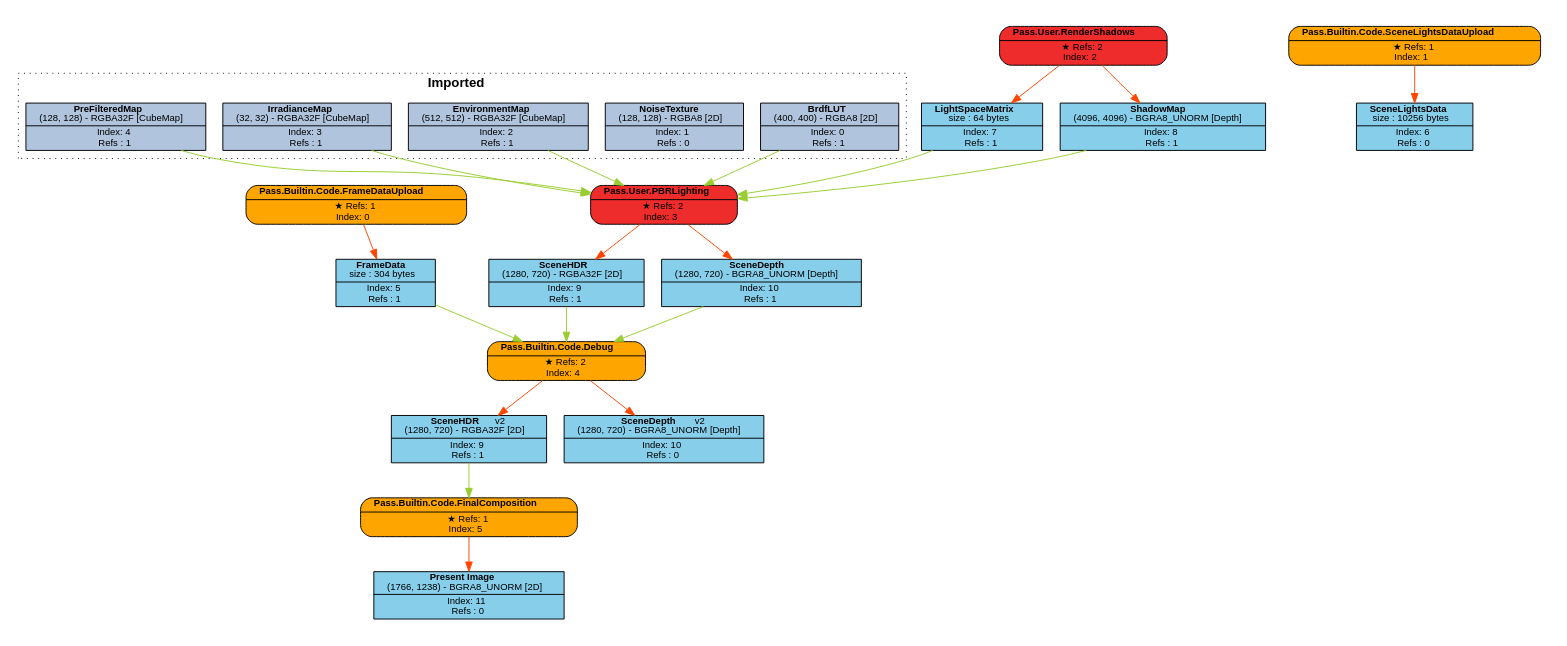
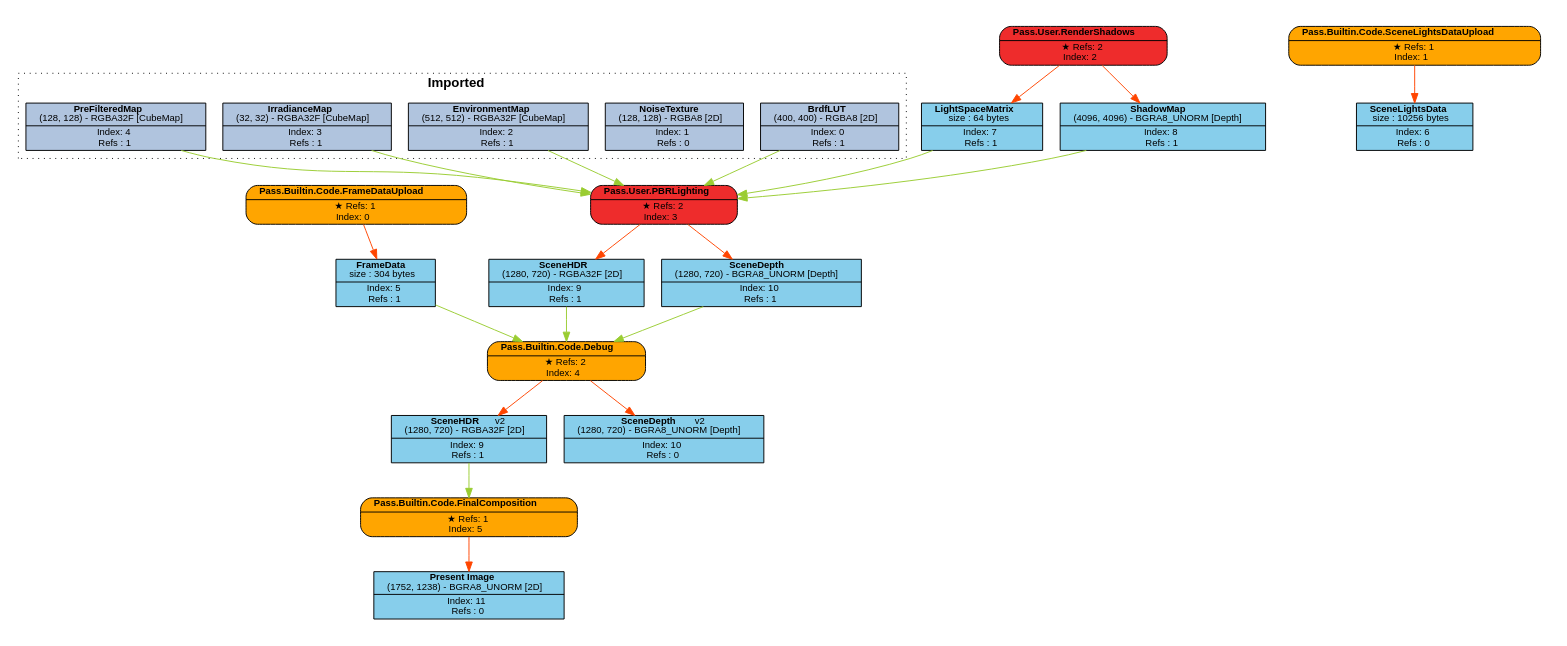
The diagram in Engine/content/FrameGraphs/data_driven_editor_test.dot (Pikachuxxxx/Razix), drawn with Graphviz before and after one commit. The commit also changed 5 other files, not shown here.

```diff
--- a/Engine/content/FrameGraphs/data_driven_editor_test.dot
+++ b/Engine/content/FrameGraphs/data_driven_editor_test.dot
@@ -1,73 +1,73 @@
 digraph FrameGraph {
 graph [style=invis, rankdir="TB" ordering=out, splines=spline]
 node [shape=record, fontname="helvetica", fontsize=10, margin="0.2,0.03"]
 
 P0 [label=<{ {<B>Pass.Builtin.Code.FrameDataUpload</B>} | {&#x2605; Refs: 1<BR/> Index: 0} }> style="rounded,filled", fillcolor=orange]
 P1 [label=<{ {<B>Pass.Builtin.Code.SceneLightsDataUpload</B>} | {&#x2605; Refs: 1<BR/> Index: 1} }> style="rounded,filled", fillcolor=orange]
 P2 [label=<{ {<B>Pass.User.RenderShadows</B>} | {&#x2605; Refs: 2<BR/> Index: 2} }> style="rounded,filled", fillcolor=firebrick2]
 P3 [label=<{ {<B>Pass.User.PBRLighting</B>} | {&#x2605; Refs: 2<BR/> Index: 3} }> style="rounded,filled", fillcolor=firebrick2]
 P4 [label=<{ {<B>Pass.Builtin.Code.Debug</B>} | {&#x2605; Refs: 2<BR/> Index: 4} }> style="rounded,filled", fillcolor=orange]
 P5 [label=<{ {<B>Pass.Builtin.Code.FinalComposition</B>} | {&#x2605; Refs: 1<BR/> Index: 5} }> style="rounded,filled", fillcolor=orange]
 
 R0_1 [label=<{ {<B>BrdfLUT</B><BR/>(400, 400) - RGBA8 [2D]} | {Index: 0<BR/>Refs : 1} }> style=filled, fillcolor=lightsteelblue]
 R1_1 [label=<{ {<B>NoiseTexture</B><BR/>(128, 128) - RGBA8 [2D]} | {Index: 1<BR/>Refs : 0} }> style=filled, fillcolor=lightsteelblue]
 R2_1 [label=<{ {<B>EnvironmentMap</B><BR/>(512, 512) - RGBA32F [CubeMap]} | {Index: 2<BR/>Refs : 1} }> style=filled, fillcolor=lightsteelblue]
 R3_1 [label=<{ {<B>IrradianceMap</B><BR/>(32, 32) - RGBA32F [CubeMap]} | {Index: 3<BR/>Refs : 1} }> style=filled, fillcolor=lightsteelblue]
 R4_1 [label=<{ {<B>PreFilteredMap</B><BR/>(128, 128) - RGBA32F [CubeMap]} | {Index: 4<BR/>Refs : 1} }> style=filled, fillcolor=lightsteelblue]
 R5_1 [label=<{ {<B>FrameData</B><BR/>size : 304 bytes} | {Index: 5<BR/>Refs : 1} }> style=filled, fillcolor=skyblue]
 R6_1 [label=<{ {<B>SceneLightsData</B><BR/>size : 10256 bytes} | {Index: 6<BR/>Refs : 0} }> style=filled, fillcolor=skyblue]
 R7_1 [label=<{ {<B>LightSpaceMatrix</B><BR/>size : 64 bytes} | {Index: 7<BR/>Refs : 1} }> style=filled, fillcolor=skyblue]
 R8_1 [label=<{ {<B>ShadowMap</B><BR/>(4096, 4096) - BGRA8_UNORM [Depth]} | {Index: 8<BR/>Refs : 1} }> style=filled, fillcolor=skyblue]
 R9_1 [label=<{ {<B>SceneHDR</B><BR/>(1280, 720) - RGBA32F [2D]} | {Index: 9<BR/>Refs : 1} }> style=filled, fillcolor=skyblue]
 R10_1 [label=<{ {<B>SceneDepth</B><BR/>(1280, 720) - BGRA8_UNORM [Depth]} | {Index: 10<BR/>Refs : 1} }> style=filled, fillcolor=skyblue]
 R9_2 [label=<{ {<B>SceneHDR</B>   <FONT>v2</FONT><BR/>(1280, 720) - RGBA32F [2D]} | {Index: 9<BR/>Refs : 1} }> style=filled, fillcolor=skyblue]
 R10_2 [label=<{ {<B>SceneDepth</B>   <FONT>v2</FONT><BR/>(1280, 720) - BGRA8_UNORM [Depth]} | {Index: 10<BR/>Refs : 0} }> style=filled, fillcolor=skyblue]
-R11_1 [label=<{ {<B>Present Image</B><BR/>(1766, 1238) - BGRA8_UNORM [2D]} | {Index: 11<BR/>Refs : 0} }> style=filled, fillcolor=skyblue]
+R11_1 [label=<{ {<B>Present Image</B><BR/>(1752, 1238) - BGRA8_UNORM [2D]} | {Index: 11<BR/>Refs : 0} }> style=filled, fillcolor=skyblue]
 
 P0 -> { R5_1 } [color=orangered]
 P1 -> { R6_1 } [color=orangered]
 P2 -> { R7_1 R8_1 } [color=orangered]
 P3 -> { R9_1 R10_1 } [color=orangered]
 P4 -> { R9_2 R10_2 } [color=orangered]
 P5 -> { R11_1 } [color=orangered]
 
 R0_1 -> { P3 } [color=olivedrab3]
 R1_1 -> { } [color=olivedrab3]
 R2_1 -> { P3 } [color=olivedrab3]
 R3_1 -> { P3 } [color=olivedrab3]
 R4_1 -> { P3 } [color=olivedrab3]
 R5_1 -> { P4 } [color=olivedrab3]
 R6_1 -> { } [color=olivedrab3]
 R7_1 -> { P3 } [color=olivedrab3]
 R8_1 -> { P3 } [color=olivedrab3]
 R9_1 -> { P4 } [color=olivedrab3]
 R10_1 -> { P4 } [color=olivedrab3]
 R9_2 -> { P5 } [color=olivedrab3]
 R10_2 -> { } [color=olivedrab3]
 R11_1 -> { } [color=olivedrab3]
 
 subgraph cluster_0 {
 P0 R5_1 
 }
 subgraph cluster_1 {
 P1 R6_1 
 }
 subgraph cluster_2 {
 P2 R7_1 R8_1 
 }
 subgraph cluster_3 {
 P3 R9_1 R10_1 
 }
 subgraph cluster_4 {
 P4 
 }
 subgraph cluster_5 {
 P5 R11_1 
 }
 
 subgraph cluster_imported_resources {
 graph [style=dotted, fontname="helvetica", label=< <B>Imported</B> >]
 R0_1 R1_1 R2_1 R3_1 R4_1 
 }
 
 }
```
